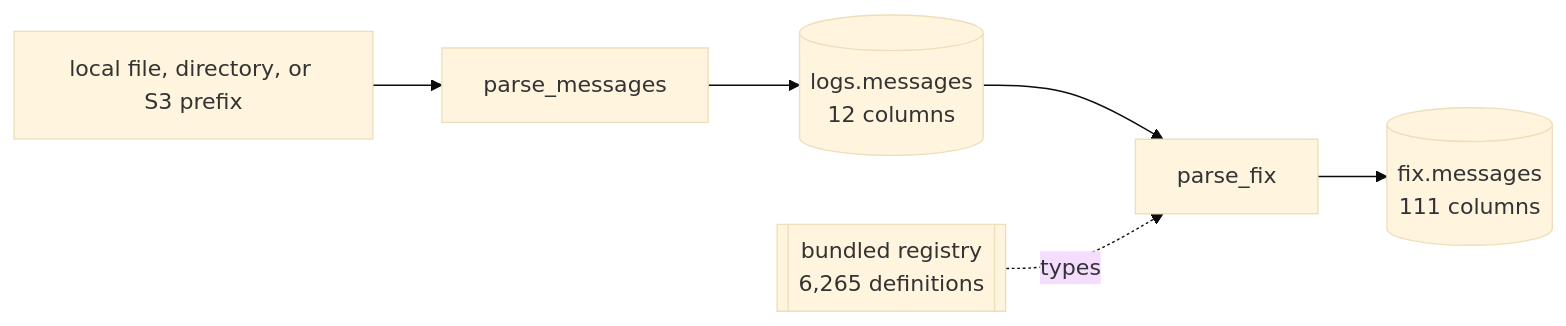
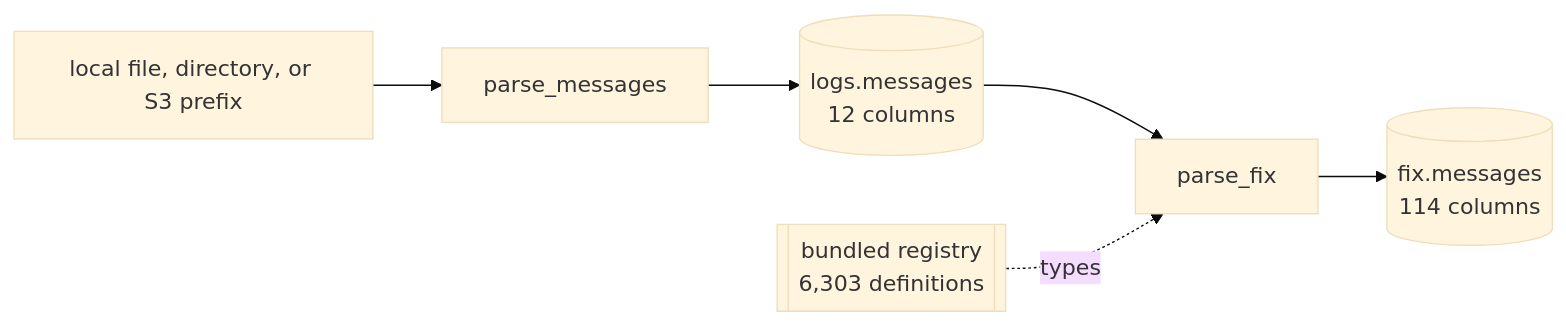
Before and after one commit to Platob/yggfin: the diagram in docs/pipeline/index.md, drawn with Mermaid (base theme). The commit also changed other lines of this file and 1762 other files, not shown here.

````diff
--- a/docs/pipeline/index.md
+++ b/docs/pipeline/index.md
@@ -5,8 +5,8 @@
 ```mermaid
 flowchart LR
     U["local file, directory, or S3 prefix"] --> T["parse_messages"]
     T --> M[("logs.messages<br/>12 columns")]
     M --> F["parse_fix"]
-    R[["bundled registry<br/>6,265 definitions"]] -.types.-> F
-    F --> X[("fix.messages<br/>111 columns")]
+    R[["bundled registry<br/>6,303 definitions"]] -.types.-> F
+    F --> X[("fix.messages<br/>114 columns")]
 ```
````
